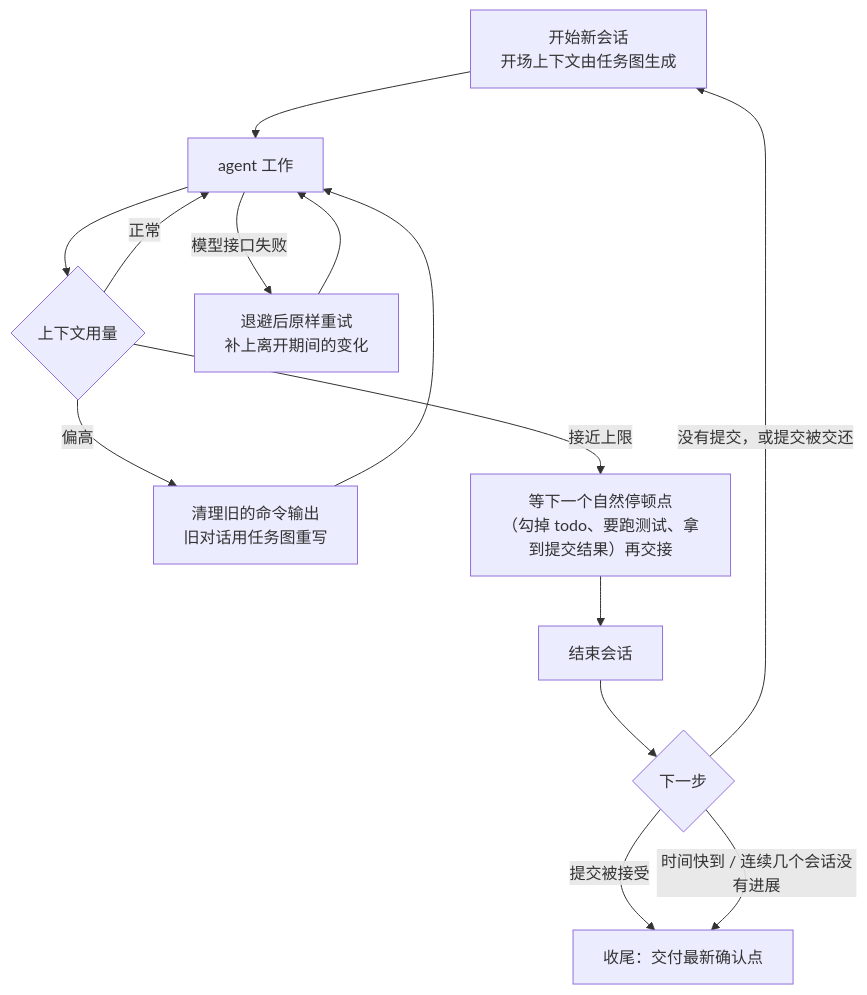
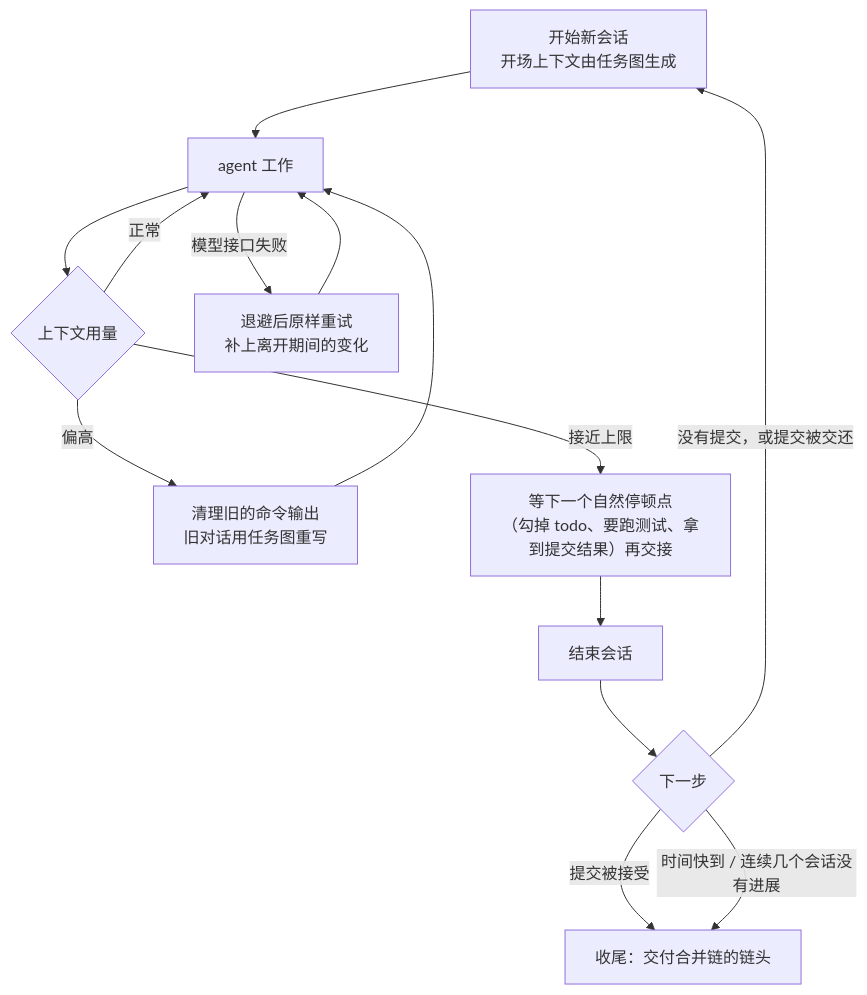
One commit to jyh21377063/belay changed the fourth of 4 diagrams in README.md. Above: the diagram before and after it, drawn with Mermaid. The commit also changed other lines of this file and 36 other files, not shown here.

````diff
--- a/README.md
+++ b/README.md
@@ -125,16 +140,16 @@
 ```mermaid
 flowchart TD
   S["开始新会话<br/>开场上下文由任务图生成"] --> W["agent 工作"]
   W --> X{"上下文用量"}
   X -- "正常" --> W
   X -- "偏高" --> P["清理旧的命令输出<br/>旧对话用任务图重写"]
   P --> W
   X -- "接近上限" --> Q["等下一个自然停顿点<br/>（勾掉 todo、要跑测试、拿到提交结果）再交接"]
   Q --> H["结束会话"]
   W -- "模型接口失败" --> M["退避后原样重试<br/>补上离开期间的变化"]
   M --> W
   H --> N{"下一步"}
   N -- "没有提交，或提交被交还" --> S
-  N -- "提交被接受" --> F["收尾：交付最新确认点"]
+  N -- "提交被接受" --> F["收尾：交付合并链的链头"]
   N -- "时间快到 / 连续几个会话没有进展" --> F
 ```
````
